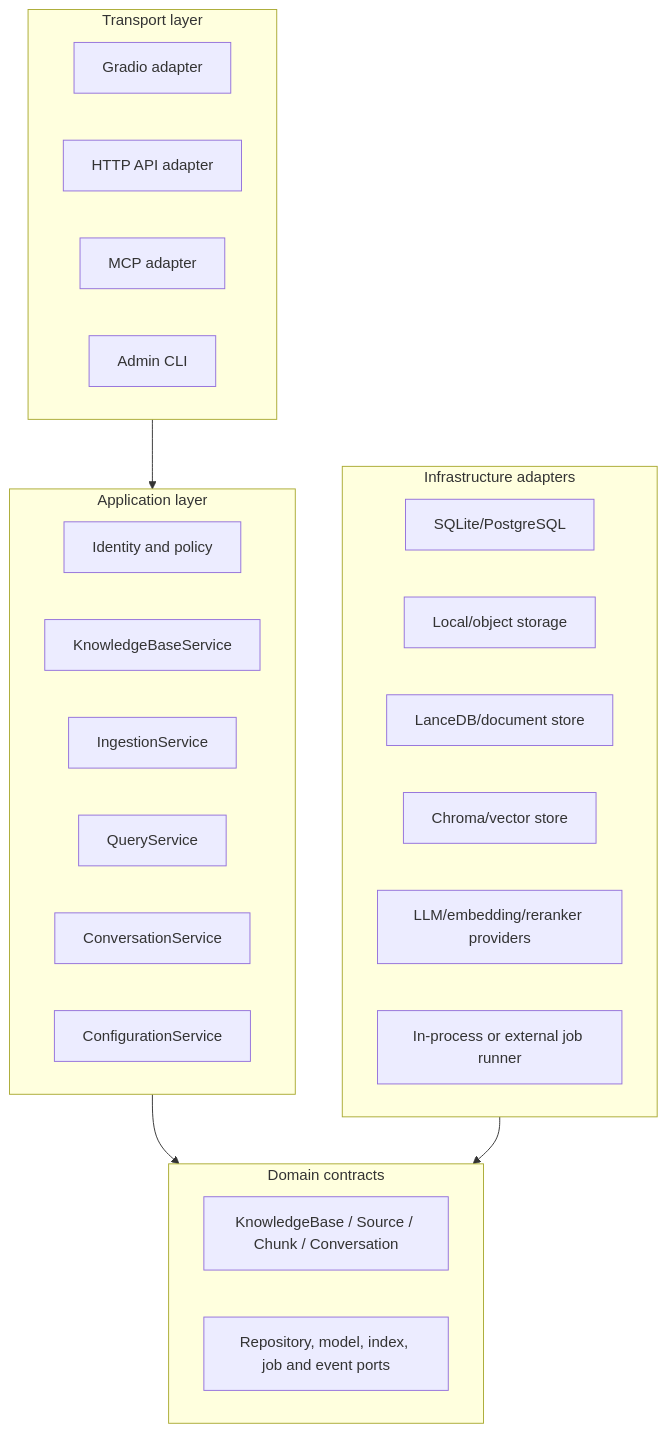
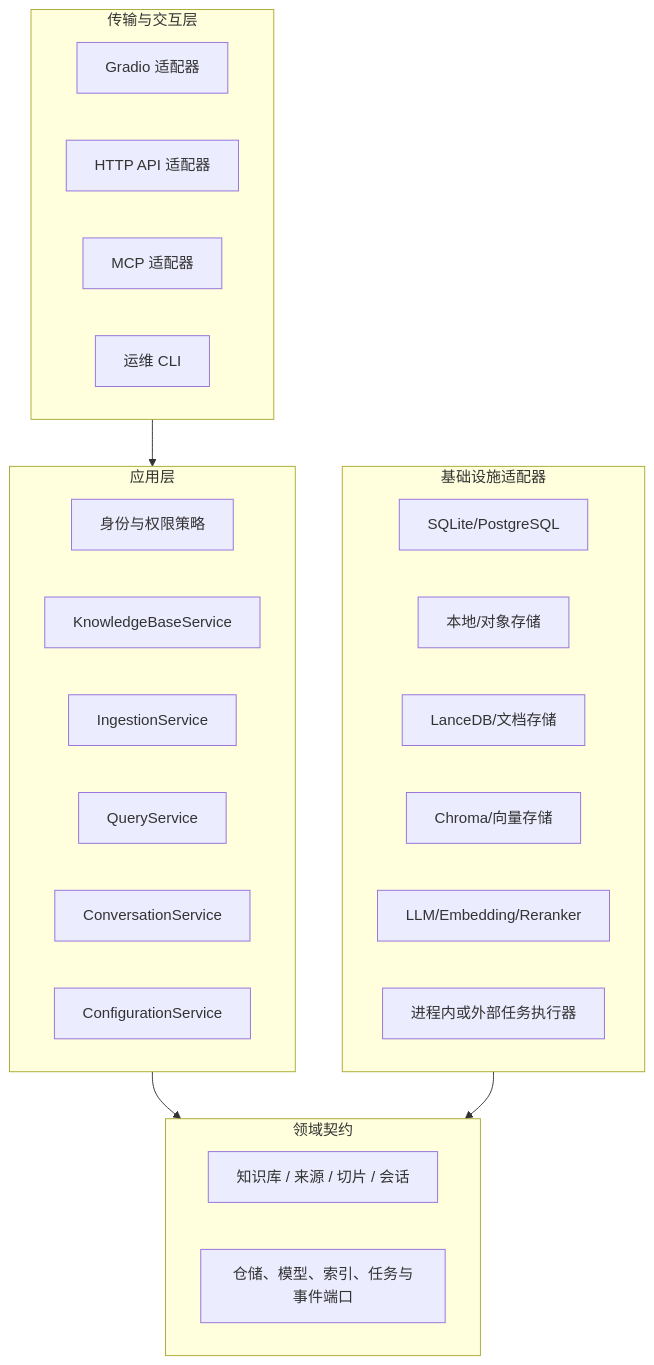
One commit to SwartzMss/knowledge-assistant changed the first of 2 diagrams in docs/architecture/target-architecture.md. Above: the diagram before and after it, drawn with Mermaid. The commit also changed other lines of this file and 10 other files, not shown here.

````diff
--- a/docs/architecture/target-architecture.md
+++ b/docs/architecture/target-architecture.md
@@ -7,36 +7,32 @@
 ```mermaid
 flowchart TB
-    subgraph Transports["Transport layer"]
-        UI["Gradio adapter"]
-        API["HTTP API adapter"]
-        MCP["MCP adapter"]
-        CLI["Admin CLI"]
+    subgraph Transports["传输与交互层"]
+        UI["Gradio 适配器"]
+        API["HTTP API 适配器"]
+        MCP["MCP 适配器"]
+        CLI["运维 CLI"]
     end
-
-    subgraph Application["Application layer"]
-        Auth["Identity and policy"]
+    subgraph Application["应用层"]
+        Auth["身份与权限策略"]
         KB["KnowledgeBaseService"]
         Ingest["IngestionService"]
         Query["QueryService"]
         Chat["ConversationService"]
         Config["ConfigurationService"]
     end
-
-    subgraph Domain["Domain contracts"]
-        Models["KnowledgeBase / Source / Chunk / Conversation"]
-        Ports["Repository, model, index, job and event ports"]
+    subgraph Domain["领域契约"]
+        Models["知识库 / 来源 / 切片 / 会话"]
+        Ports["仓储、模型、索引、任务与事件端口"]
     end
-
-    subgraph Adapters["Infrastructure adapters"]
+    subgraph Adapters["基础设施适配器"]
         SQL["SQLite/PostgreSQL"]
-        Files["Local/object storage"]
-        Docs["LanceDB/document store"]
-        Vectors["Chroma/vector store"]
-        AI["LLM/embedding/reranker providers"]
-        Queue["In-process or external job runner"]
+        Files["本地/对象存储"]
+        Docs["LanceDB/文档存储"]
+        Vectors["Chroma/向量存储"]
+        AI["LLM/Embedding/Reranker"]
+        Queue["进程内或外部任务执行器"]
     end
-
     Transports --> Application
     Application --> Domain
     Adapters --> Domain
 ```
````
